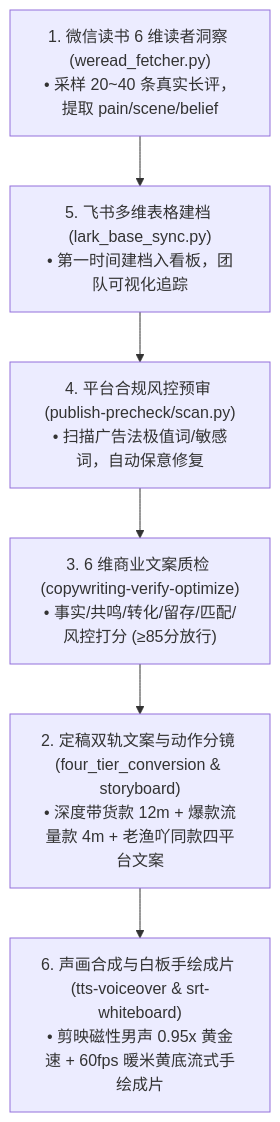
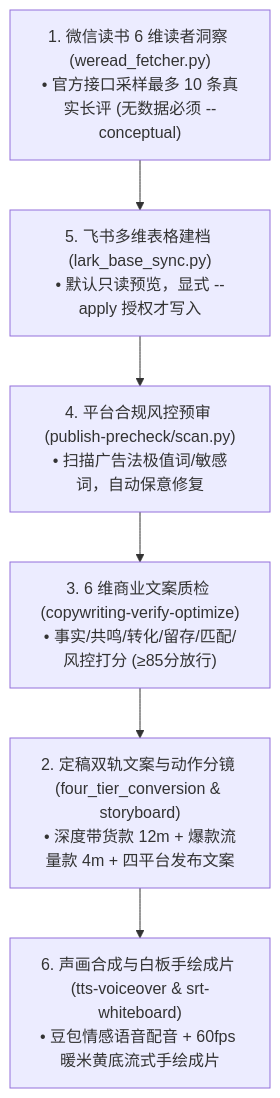
Before and after one commit to wsuming97/tushu: the diagram in copywriting-library/SKILL.md, drawn with Mermaid. The commit also changed other lines of this file and 167 other files, not shown here.

````diff
--- a/copywriting-library/SKILL.md
+++ b/copywriting-library/SKILL.md
@@ -14,8 +14,8 @@
 ```mermaid
 graph TD
-    S1["1. 微信读书 6 维读者洞察 (weread_fetcher.py)<br/>• 采样 20~40 条真实长评，提取 pain/scene/belief"] --> S5["5. 飞书多维表格建档 (lark_base_sync.py)<br/>• 第一时间建档入看板，团队可视化追踪"]
+    S1["1. 微信读书 6 维读者洞察 (weread_fetcher.py)<br/>• 官方接口采样最多 10 条真实长评 (无数据必须 --conceptual)"] --> S5["5. 飞书多维表格建档 (lark_base_sync.py)<br/>• 默认只读预览，显式 --apply 授权才写入"]
     S5 --> S4["4. 平台合规风控预审 (publish-precheck/scan.py)<br/>• 扫描广告法极值词/敏感词，自动保意修复"]
     S4 --> S3["3. 6 维商业文案质检 (copywriting-verify-optimize)<br/>• 事实/共鸣/转化/留存/匹配/风控打分 (≥85分放行)"]
-    S3 --> S2["2. 定稿双轨文案与动作分镜 (four_tier_conversion & storyboard)<br/>• 深度带货款 12m + 爆款流量款 4m + 老渔吖同款四平台文案"]
-    S2 --> S6["6. 声画合成与白板手绘成片 (tts-voiceover & srt-whiteboard)<br/>• 剪映磁性男声 0.95x 黄金速 + 60fps 暖米黄底流式手绘成片"]
+    S3 --> S2["2. 定稿双轨文案与动作分镜 (four_tier_conversion & storyboard)<br/>• 深度带货款 12m + 爆款流量款 4m + 四平台发布文案"]
+    S2 --> S6["6. 声画合成与白板手绘成片 (tts-voiceover & srt-whiteboard)<br/>• 豆包情感语音配音 + 60fps 暖米黄底流式手绘成片"]
 ```
````
